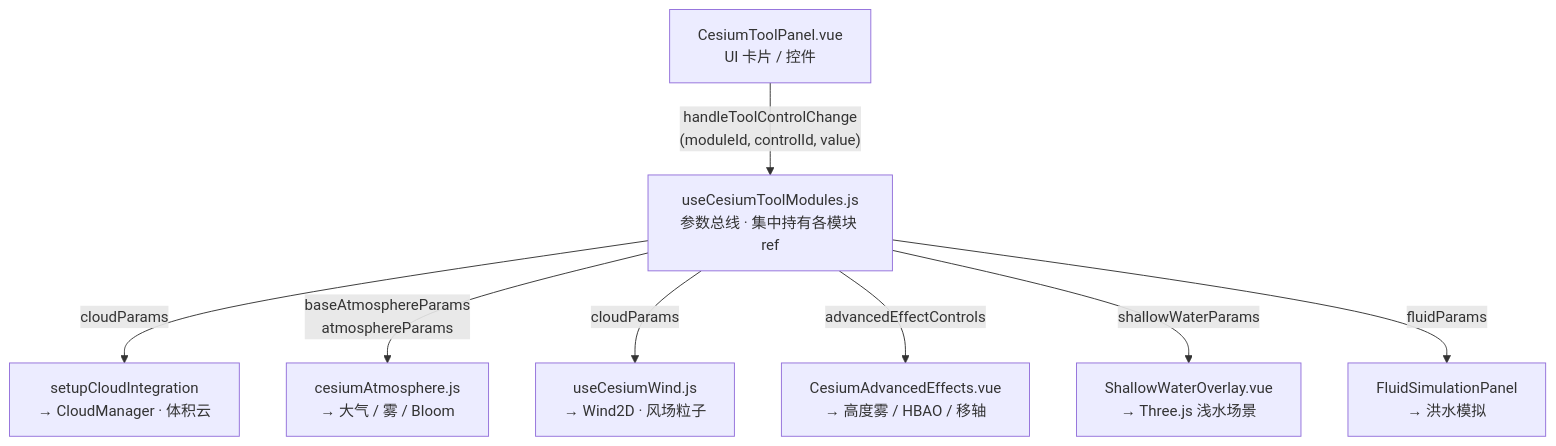
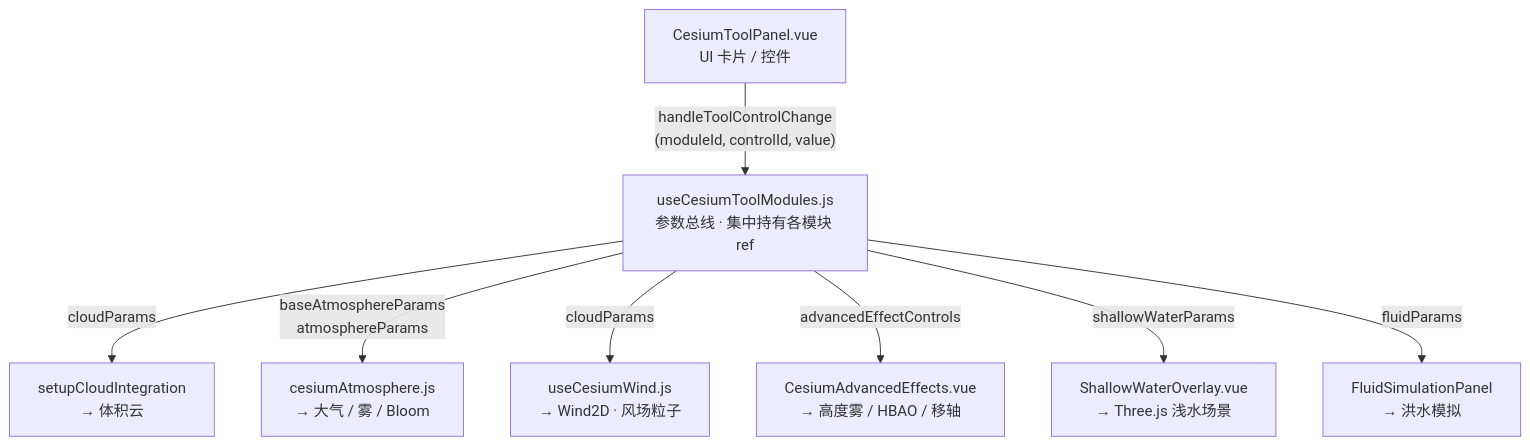
The first of 3 diagrams in Docs/Architecture/cesium-3d-effects.md (NEGIAO/WebGIS-Dev), drawn with Mermaid before and after one commit. The commit also changed other lines of this file and 36 other files, not shown here.

````diff
--- a/Docs/Architecture/cesium-3d-effects.md
+++ b/Docs/Architecture/cesium-3d-effects.md
@@ -85,11 +74,11 @@
 ```mermaid
 flowchart TD
     PANEL["CesiumToolPanel.vue<br/>UI 卡片 / 控件"] -->|"handleToolControlChange<br/>(moduleId, controlId, value)"| BUS["useCesiumToolModules.js<br/>参数总线 · 集中持有各模块 ref"]
 
-    BUS -->|"cloudParams"| CLOUD["setupCloudIntegration<br/>→ CloudManager · 体积云"]
+    BUS -->|"cloudParams"| CLOUD["setupCloudIntegration<br/>→ 体积云"]
     BUS -->|"baseAtmosphereParams<br/>atmosphereParams"| ATM["cesiumAtmosphere.js<br/>→ 大气 / 雾 / Bloom"]
     BUS -->|"cloudParams"| WIND["useCesiumWind.js<br/>→ Wind2D · 风场粒子"]
     BUS -->|"advancedEffectControls"| FX["CesiumAdvancedEffects.vue<br/>→ 高度雾 / HBAO / 移轴"]
     BUS -->|"shallowWaterParams"| SW["ShallowWaterOverlay.vue<br/>→ Three.js 浅水场景"]
     BUS -->|"fluidParams"| FLUID["FluidSimulationPanel<br/>→ 洪水模拟"]
 ```
````
